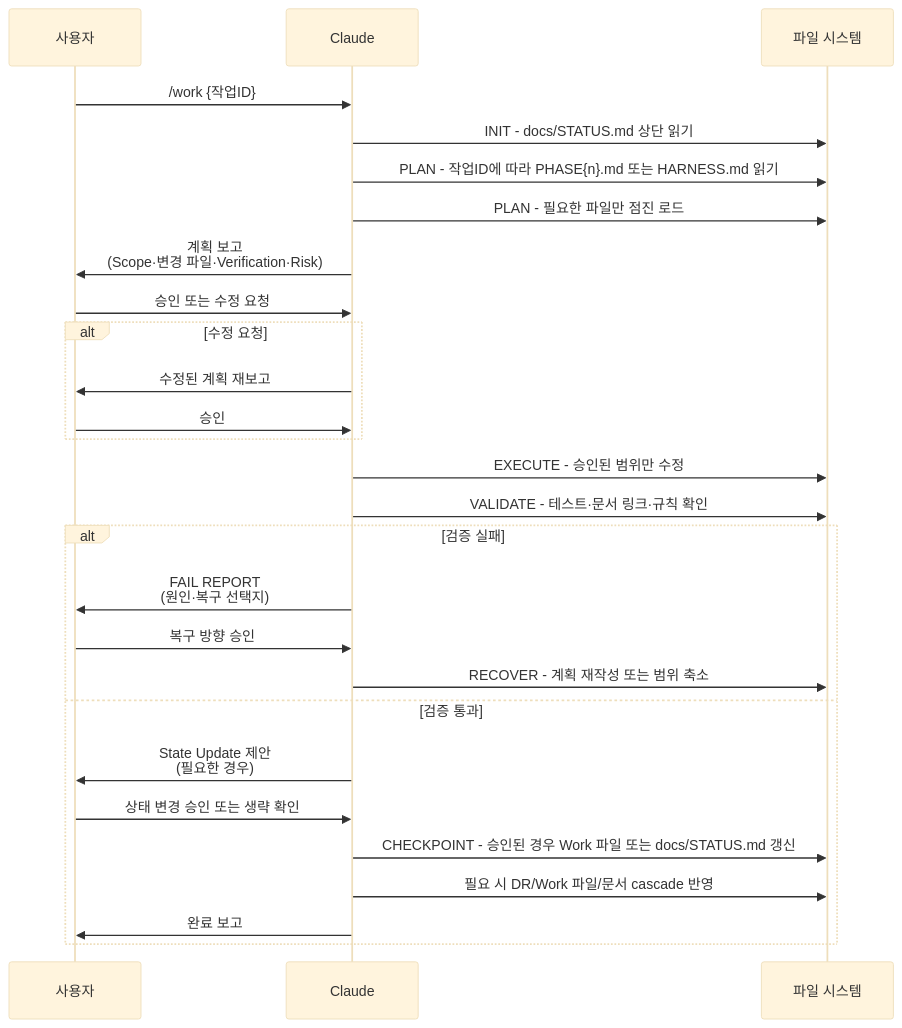
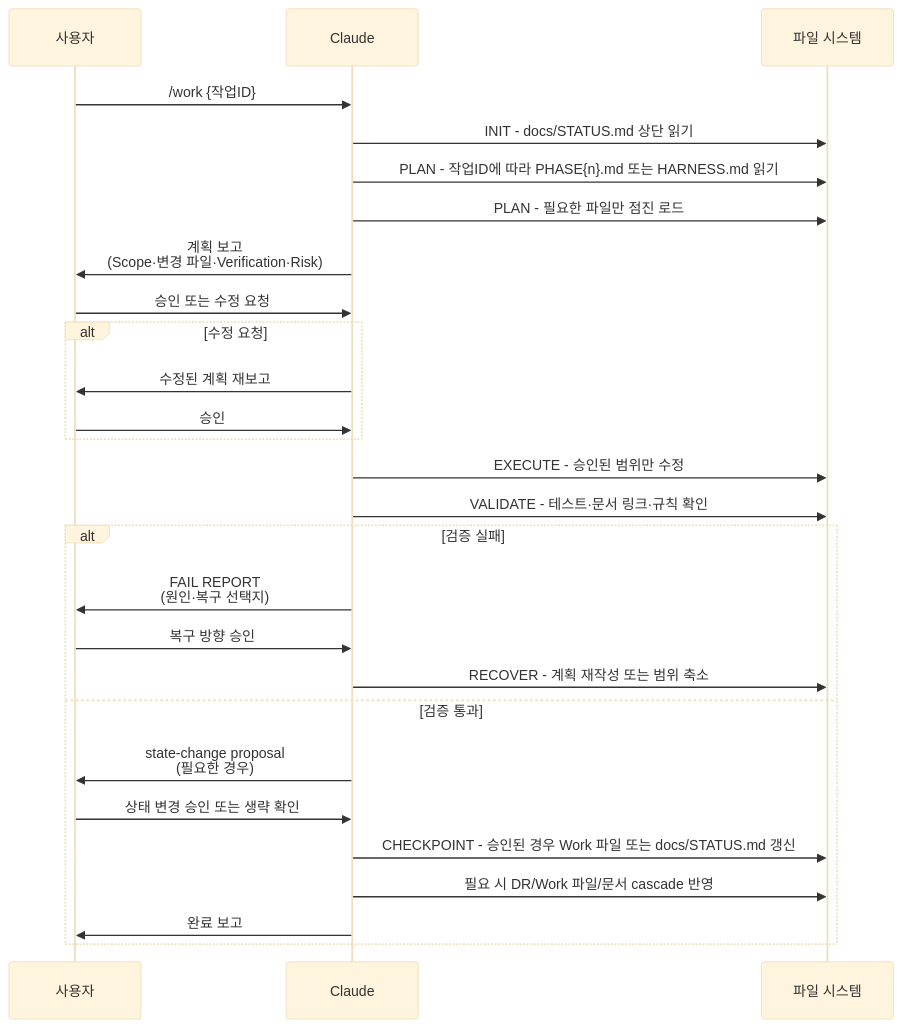
The ninth of 14 diagrams in docs/WORKFLOW-MANUAL.md (kyungseo/ai-workflow-harness), drawn with Mermaid (base theme) before and after one commit. The commit also changed other lines of this file and 14 other files, not shown here.

````diff
--- a/docs/WORKFLOW-MANUAL.md
+++ b/docs/WORKFLOW-MANUAL.md
@@ -703,33 +703,33 @@
 ```mermaid
 sequenceDiagram
     participant U as 사용자
     participant C as Claude
     participant F as 파일 시스템
 
     U->>C: /work {작업ID}
     C->>F: INIT - docs/STATUS.md 상단 읽기
     C->>F: PLAN - 작업ID에 따라 PHASE{n}.md 또는 HARNESS.md 읽기
     C->>F: PLAN - 필요한 파일만 점진 로드
     C->>U: 계획 보고<br/>(Scope·변경 파일·Verification·Risk)
     U->>C: 승인 또는 수정 요청
 
     alt 수정 요청
         C->>U: 수정된 계획 재보고
         U->>C: 승인
     end
 
     C->>F: EXECUTE - 승인된 범위만 수정
     C->>F: VALIDATE - 테스트·문서 링크·규칙 확인
 
     alt 검증 실패
         C->>U: FAIL REPORT<br/>(원인·복구 선택지)
         U->>C: 복구 방향 승인
         C->>F: RECOVER - 계획 재작성 또는 범위 축소
     else 검증 통과
-        C->>U: State Update 제안<br/>(필요한 경우)
+        C->>U: state-change proposal<br/>(필요한 경우)
         U->>C: 상태 변경 승인 또는 생략 확인
         C->>F: CHECKPOINT - 승인된 경우 Work 파일 또는 docs/STATUS.md 갱신
         C->>F: 필요 시 DR/Work 파일/문서 cascade 반영
         C->>U: 완료 보고
     end
 ```
````
